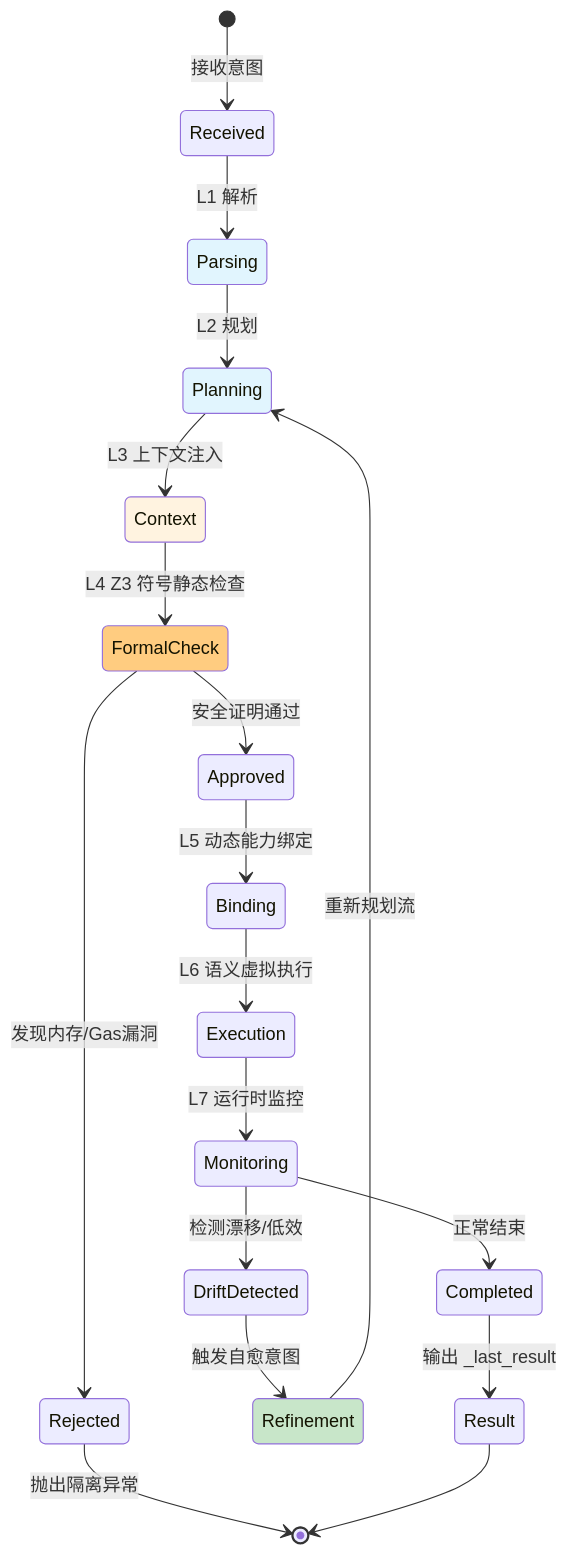
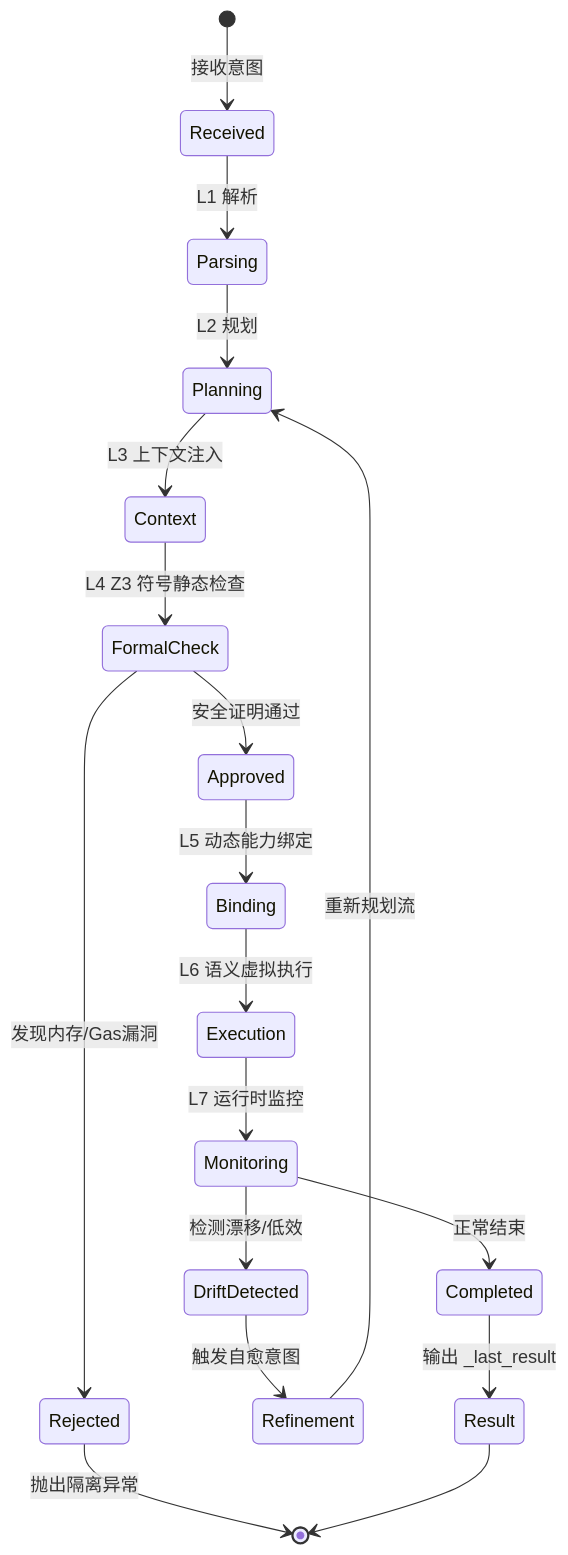
Diagram 14 of 16 in papers/Architecture_Diagrams.md (jeffery9/intentOS), drawn with Mermaid before and after one commit. The commit also changed other lines of this file, not shown here.

Commit message:
fix(docs): remove invalid subgraph and state diagram style tags for 100% mermaid compatibility

````diff
--- a/papers/Architecture_Diagrams.md
+++ b/papers/Architecture_Diagrams.md
@@ -493,32 +473,26 @@
 ```mermaid
 stateDiagram-v2
     [*] --> Received: 接收意图
     
     Received --> Parsing: L1 解析
     Parsing --> Planning: L2 规划
     Planning --> Context: L3 上下文注入
     Context --> FormalCheck: L4 Z3 符号静态检查
     
     FormalCheck --> Approved: 安全证明通过
     FormalCheck --> Rejected: 发现内存/Gas漏洞
     Rejected --> [*]: 抛出隔离异常
     
     Approved --> Binding: L5 动态能力绑定
     Binding --> Execution: L6 语义虚拟执行
     Execution --> Monitoring: L7 运行时监控
     
     Monitoring --> DriftDetected: 检测漂移/低效
     Monitoring --> Completed: 正常结束
     
     DriftDetected --> Refinement: 触发自愈意图
     Refinement --> Planning: 重新规划流
     
     Completed --> Result: 输出 _last_result
     Result --> [*]
-
-    style Parsing fill:#e1f5fe
-    style Planning fill:#e1f5fe
-    style Context fill:#fff3e0
-    style FormalCheck fill:#ffcc80
-    style Refinement fill:#c8e6c9
 ```
````
